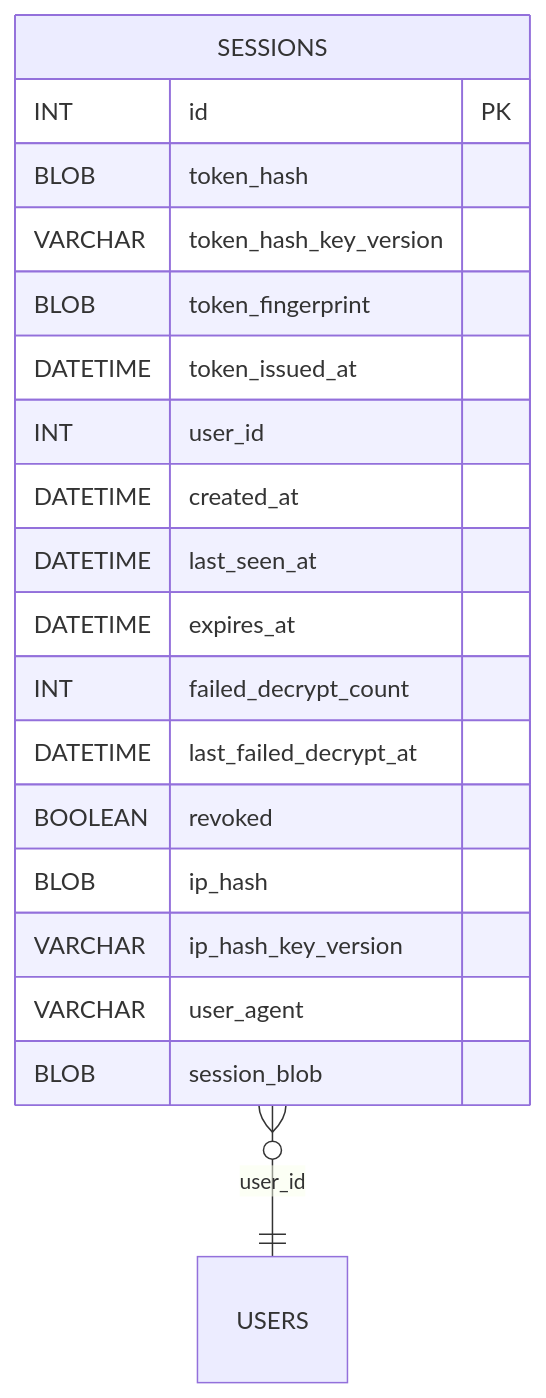
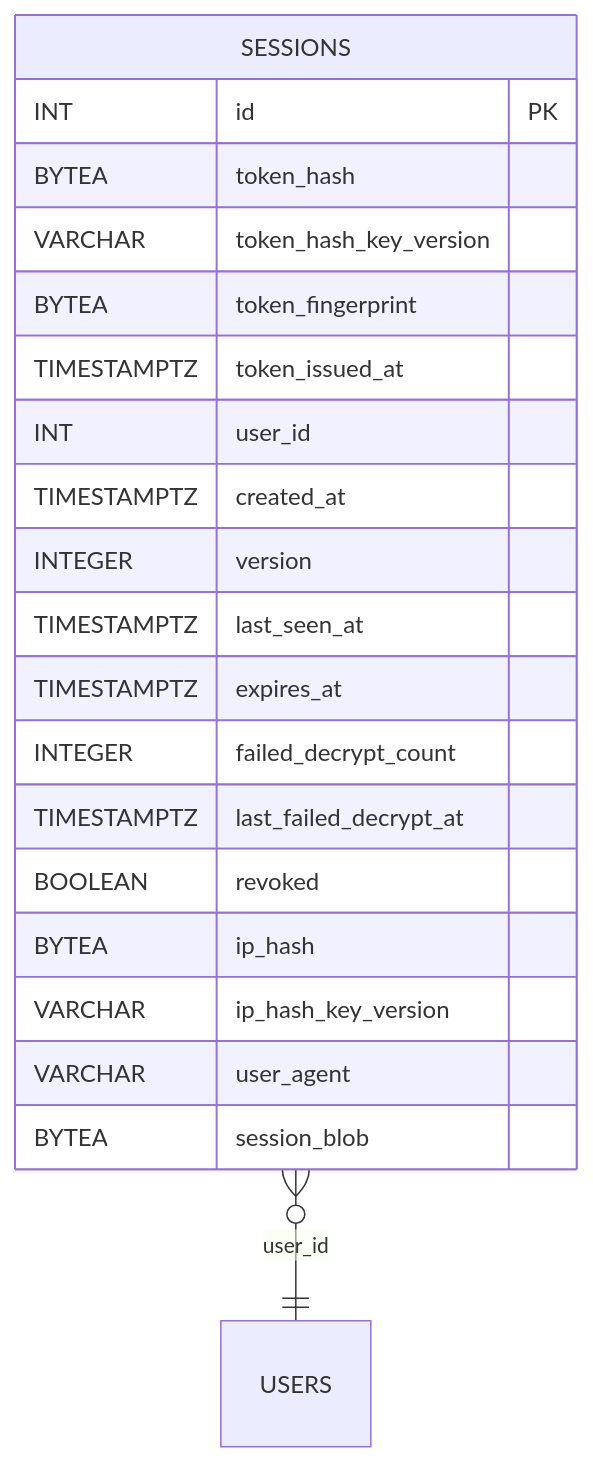
The diagram in README.md (blackcatdatabase/table-sessions), drawn with Mermaid before and after one commit. The commit also changed other lines of this file and 26 other files, not shown here.

First line of the commit message:
Regen schema (#1)

````diff
--- a/README.md
+++ b/README.md
@@ -65,22 +66,23 @@
 ```mermaid
 erDiagram
   SESSIONS {
     INT id PK
-    BLOB token_hash
+    BYTEA token_hash
     VARCHAR token_hash_key_version
-    BLOB token_fingerprint
-    DATETIME token_issued_at
+    BYTEA token_fingerprint
+    TIMESTAMPTZ token_issued_at
     INT user_id
-    DATETIME created_at
-    DATETIME last_seen_at
-    DATETIME expires_at
-    INT failed_decrypt_count
-    DATETIME last_failed_decrypt_at
+    TIMESTAMPTZ created_at
+    INTEGER version
+    TIMESTAMPTZ last_seen_at
+    TIMESTAMPTZ expires_at
+    INTEGER failed_decrypt_count
+    TIMESTAMPTZ last_failed_decrypt_at
     BOOLEAN revoked
-    BLOB ip_hash
+    BYTEA ip_hash
     VARCHAR ip_hash_key_version
     VARCHAR user_agent
-    BLOB session_blob
+    BYTEA session_blob
   }
   SESSIONS }o--|| USERS : "user_id"
 ```
````
